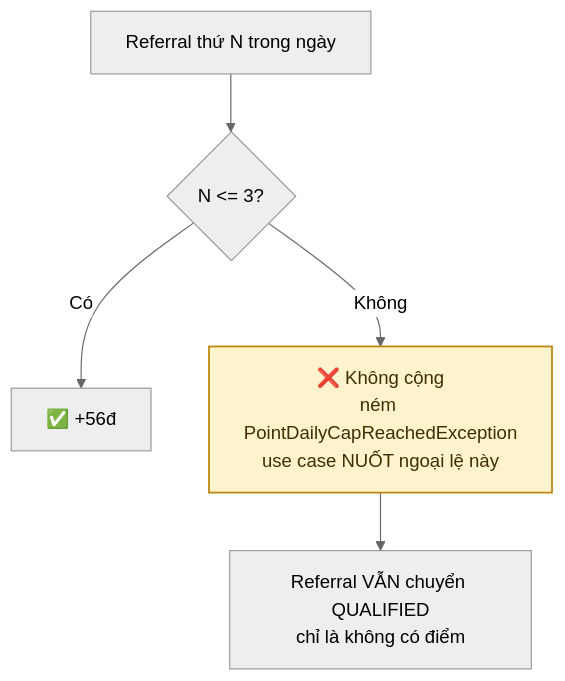
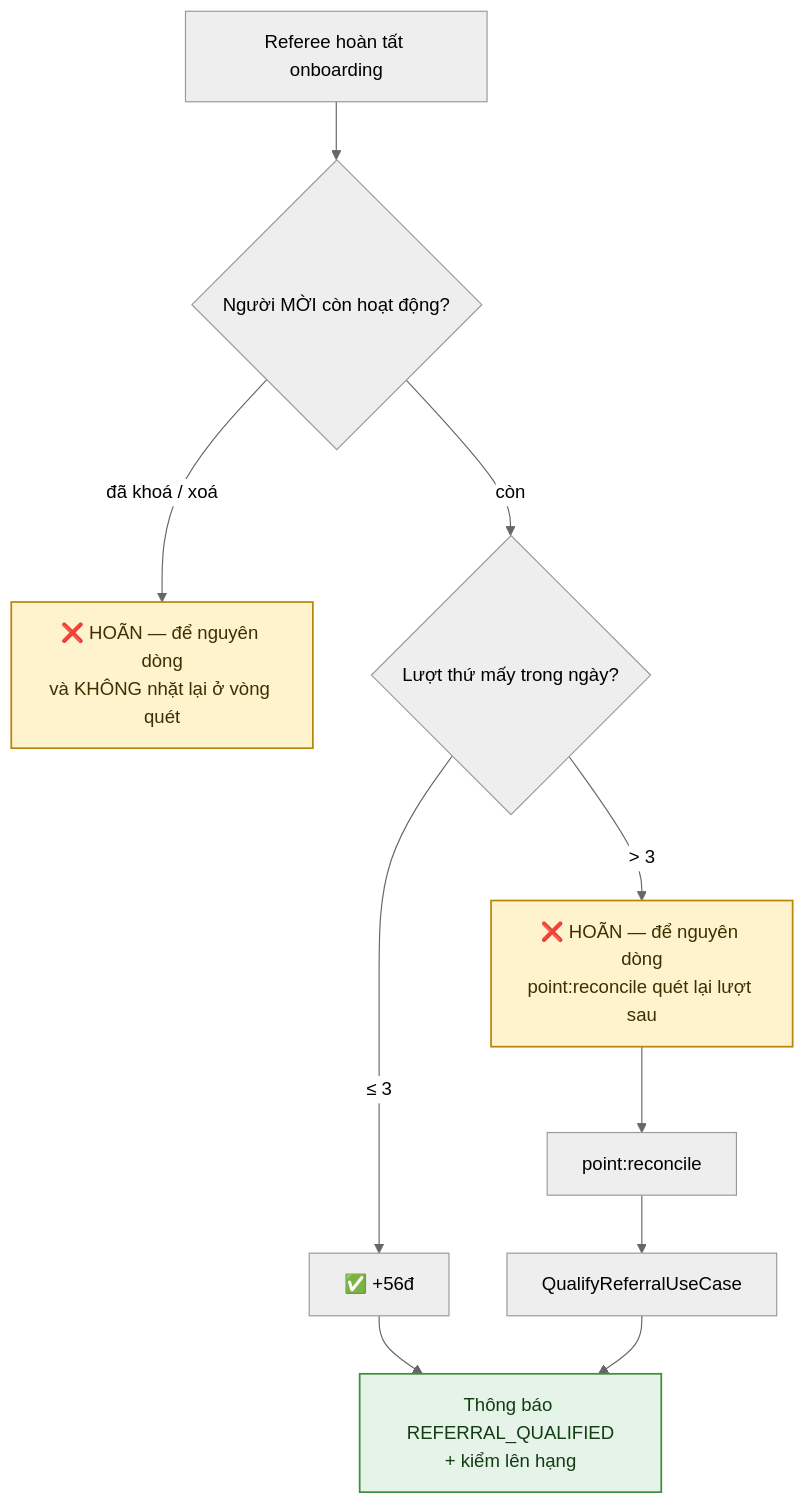
The fourth of 4 diagrams in docs/diagram/23-referral.md (fdshn/trueheart), drawn with Mermaid (neutral theme) before and after one commit. The commit also changed other lines of this file and 26 other files, not shown here.

First line of the commit message:
feat(referral): khép vòng thông báo cho lượt bị hoãn, chặn thưởng cho tài khoản đã khoá, và ghi dấu vết đăng ký

````diff
--- a/docs/diagram/23-referral.md
+++ b/docs/diagram/23-referral.md
@@ -73,9 +73,16 @@
 ```mermaid
 flowchart TD
-    A[Referral thứ N trong ngày] --> B{N <= 3?}
-    B -->|Có| C[✅ +56đ]
-    B -->|Không| D["❌ Không cộng<br/>ném PointDailyCapReachedException<br/>use case NUỐT ngoại lệ này"]
-    D --> E["Referral VẪN chuyển QUALIFIED<br/>chỉ là không có điểm"]
+    A["Referee hoàn tất onboarding"] --> B{"Người MỜI còn hoạt động?"}
+    B -->|"đã khoá / xoá"| B1["❌ HOÃN — để nguyên dòng<br/>và KHÔNG nhặt lại ở vòng quét"]
+    B -->|còn| C{"Lượt thứ mấy trong ngày?"}
+    C -->|"≤ 3"| D["✅ +56đ"]
+    C -->|"> 3"| E["❌ HOÃN — để nguyên dòng<br/>point:reconcile quét lại lượt sau"]
+    D --> F["Thông báo REFERRAL_QUALIFIED<br/>+ kiểm lên hạng"]
+    E --> G["point:reconcile"]
+    G --> H["QualifyReferralUseCase"]
+    H --> F
 
-    style D fill:#fff3cd,stroke:#b8860b,stroke-width:1.5px,color:#3d2f00
+    style B1 fill:#fff3cd,stroke:#b8860b,stroke-width:1.5px,color:#3d2f00
+    style E fill:#fff3cd,stroke:#b8860b,stroke-width:1.5px,color:#3d2f00
+    style F fill:#3ca05021,stroke:#3f8f3f,stroke-width:1.5px,color:#123d12
 ```
````
